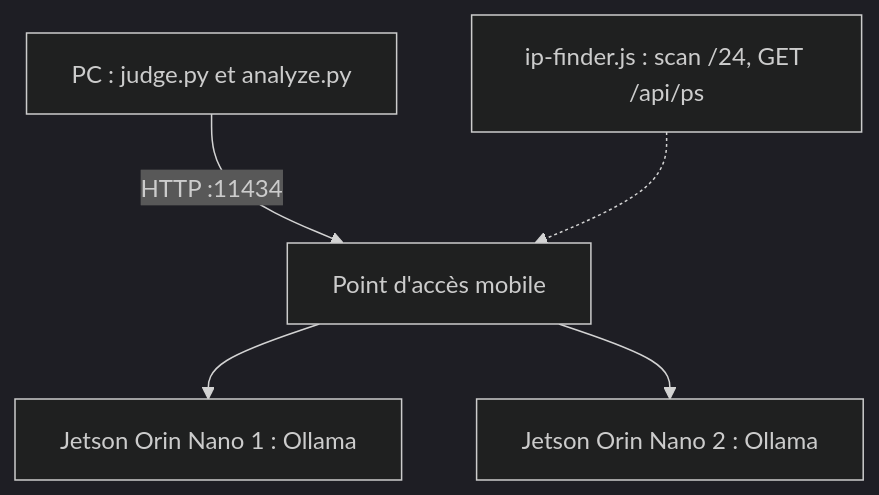
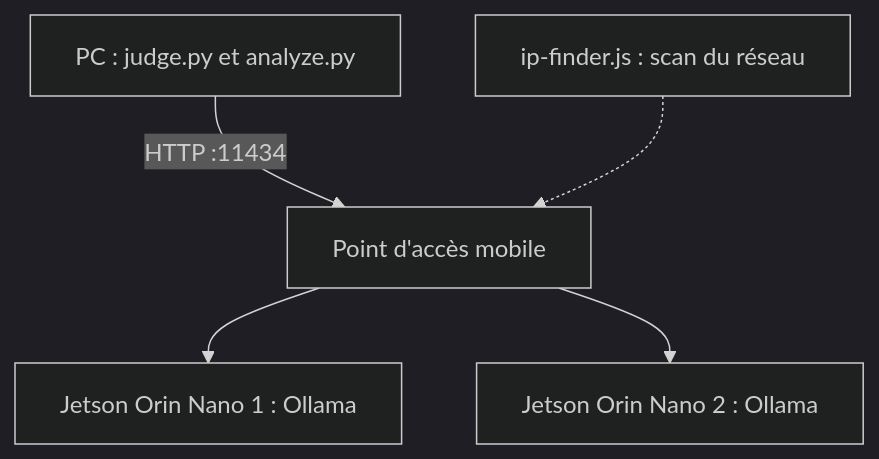
Before and after one commit to Flamenate/llm-as-a-judge-repro: the third of 4 diagrams in presentation/presentation_fr.md, drawn with Mermaid (dark theme). The commit also changed other lines of this file and 129 other files, not shown here.

````diff
--- a/presentation/presentation_fr.md
+++ b/presentation/presentation_fr.md
@@ -141,7 +140,7 @@
 ```mermaid
 flowchart TB
   PC["PC : judge.py et analyze.py"] -->|"HTTP :11434"| Hotspot["Point d'accès mobile"]
   Hotspot --> Jetson1["Jetson Orin Nano 1 : Ollama"]
   Hotspot --> Jetson2["Jetson Orin Nano 2 : Ollama"]
-  Finder["ip-finder.js : scan /24, GET /api/ps"] -.-> Hotspot
+  Finder["ip-finder.js : scan du réseau"] -.-> Hotspot
 ```
````
